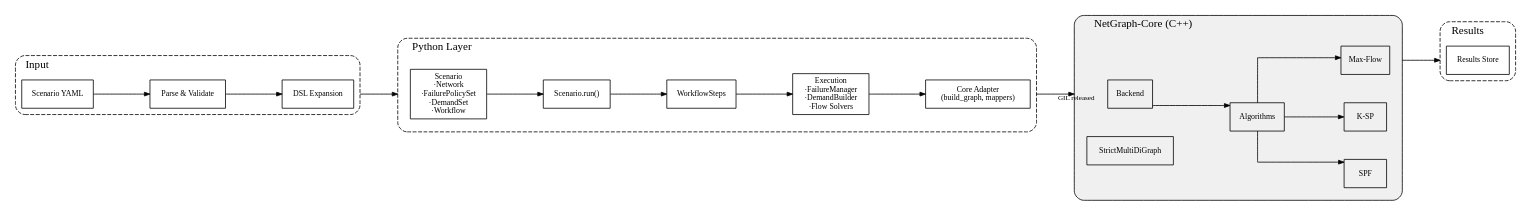
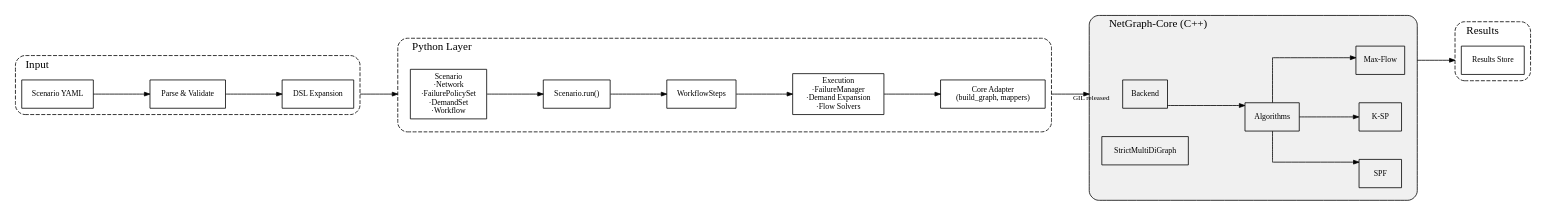
One commit to networmix/NetGraph changed the diagram in docs/assets/diagrams/system_pipeline.dot. Above: the diagram before and after it, drawn with Graphviz. The commit also changed 199 other files, not shown here.

```diff
--- a/docs/assets/diagrams/system_pipeline.dot
+++ b/docs/assets/diagrams/system_pipeline.dot
@@ -1,76 +1,76 @@
 digraph SystemPipeline {
   rankdir=LR;
   graph [compound=true, splines=ortho, ranksep="1.0", nodesep="0.5"];
   node  [shape=box, fontsize=10, margin="0.08,0.05"];
   edge  [fontsize=9, arrowsize=0.7];
 
   // Input Layer
   subgraph cluster_input {
     label="Input"; labeljust="l"; style="rounded,dashed";
     yaml  [label="Scenario YAML"];
     parse [label="Parse & Validate"];
     expand [label="DSL Expansion"];
     yaml -> parse -> expand;
   }
 
   // Python Layer - Model
   subgraph cluster_python {
     label="Python Layer"; labeljust="l"; style="rounded,dashed";
 
     subgraph cluster_model {
       label=""; style=invis;
       scenario [label="Scenario\n·Network\n·FailurePolicySet\n·DemandSet\n·Workflow", shape=box];
     }
 
     subgraph cluster_exec {
       label=""; style=invis;
       engine [label="Scenario.run()"];
       steps [label="WorkflowSteps"];
-      exec [label="Execution\n·FailureManager\n·DemandBuilder\n·Flow Solvers"];
+      exec [label="Execution\n·FailureManager\n·Demand Expansion\n·Flow Solvers"];
       engine -> steps -> exec;
     }
 
     adapter [label="Core Adapter\n(build_graph, mappers)"];
 
     scenario -> engine;
     exec -> adapter;
   }
 
   // C++ Core Layer
   subgraph cluster_core {
     label="NetGraph-Core (C++)"; labeljust="l"; style="rounded,filled"; fillcolor="#f0f0f0";
 
     subgraph cluster_graph {
       label=""; style=invis;
       core_backend [label="Backend"];
       core_graph [label="StrictMultiDiGraph"];
       { rank=same; core_backend; core_graph; }
     }
 
     subgraph cluster_algs {
       label=""; style=invis;
       core_algs [label="Algorithms"];
       core_spf [label="SPF"];
       core_ksp [label="K-SP"];
       core_maxf [label="Max-Flow"];
       core_algs -> core_spf;
       core_algs -> core_ksp;
       core_algs -> core_maxf;
       { rank=same; core_spf; core_ksp; core_maxf; }
     }
 
     core_backend -> core_algs;
     core_graph -> core_algs [style=invis];
   }
 
   // Results Layer
   subgraph cluster_results {
     label="Results"; labeljust="l"; style="rounded,dashed";
     results [label="Results Store"];
   }
 
   // Main flow
   expand -> scenario [lhead=cluster_python, ltail=cluster_input];
   adapter -> core_backend [lhead=cluster_core, ltail=cluster_python, xlabel="GIL released"];
   core_maxf -> results [ltail=cluster_core, lhead=cluster_results];
 }
```
